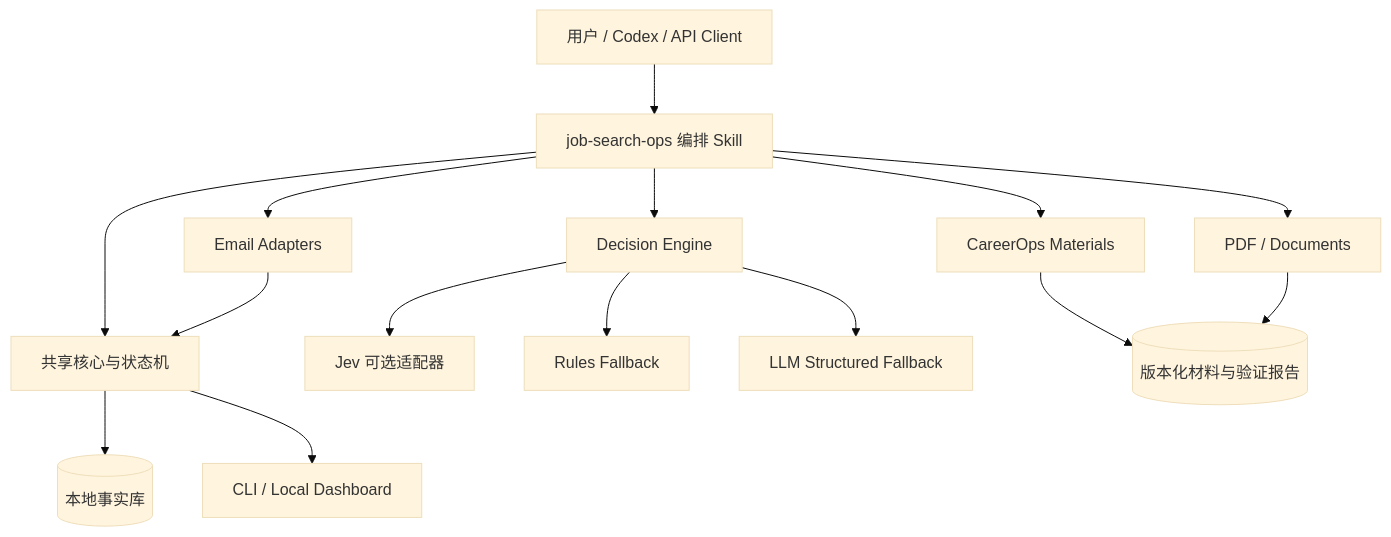
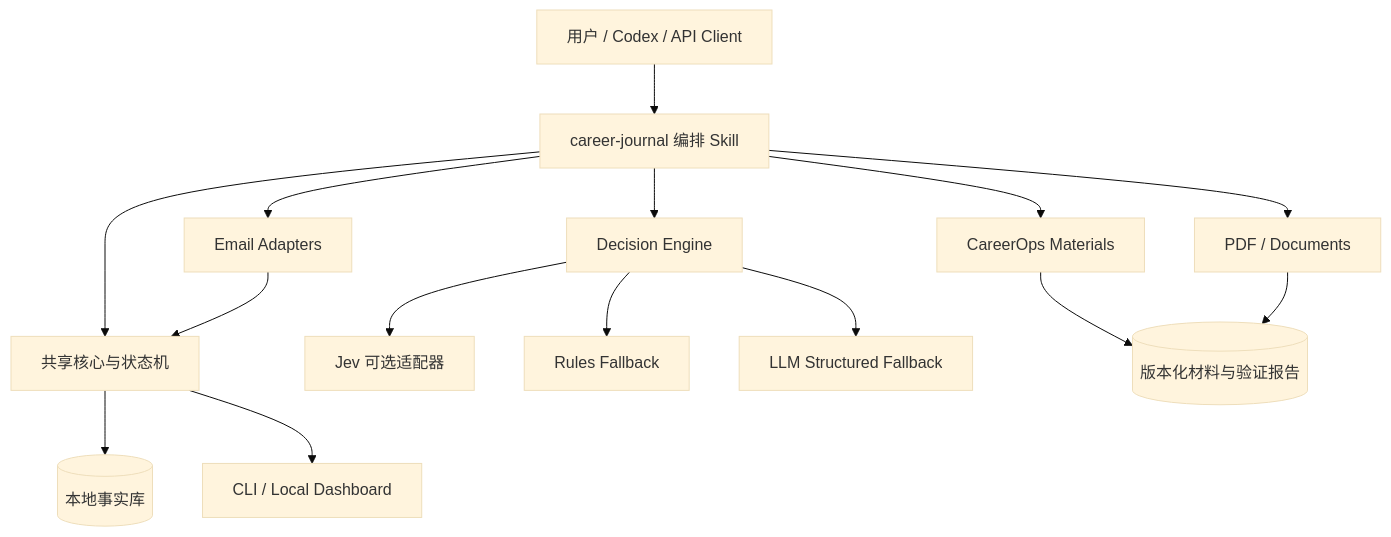
One commit to haowen-ai/career-journal changed the diagram in docs/superpowers/specs/2026-09-19-job-search-ops-prd-design.md. Above: the diagram before and after it, drawn with Mermaid (base theme). The commit also changed other lines of this file and 53 other files, not shown here.

````diff
--- a/docs/superpowers/specs/2026-09-19-job-search-ops-prd-design.md
+++ b/docs/superpowers/specs/2026-09-19-job-search-ops-prd-design.md
@@ -98,17 +101,17 @@
 ```mermaid
 flowchart TB
-    U[用户 / Codex / API Client] --> O[job-search-ops 编排 Skill]
+    U[用户 / Codex / API Client] --> O[career-journal 编排 Skill]
     O --> C[共享核心与状态机]
     O --> CO[CareerOps Materials]
     O --> EM[Email Adapters]
     O --> DOC[PDF / Documents]
     O --> DE[Decision Engine]
     DE --> J[Jev 可选适配器]
     DE --> R[Rules Fallback]
     DE --> L[LLM Structured Fallback]
     C --> DB[(本地事实库)]
     CO --> AR[(版本化材料与验证报告)]
     EM --> C
     DOC --> AR
     C --> UI[CLI / Local Dashboard]
 ```
````
